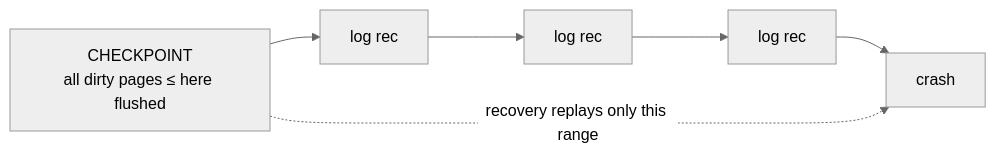
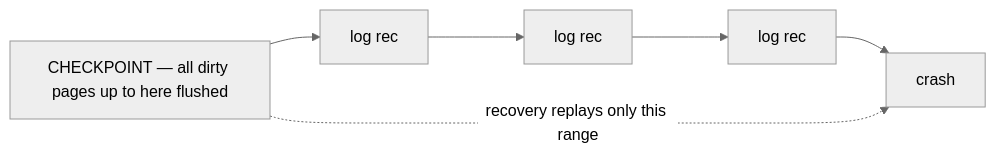
One commit to mohammad-mriesh-job/cortex changed the second of 2 diagrams in src/modules/database/content/08-internals/02-write-ahead-logging.md. Above: the diagram before and after it, drawn with Mermaid (neutral theme). The commit also changed 257 other files, not shown here.

````diff
--- a/src/modules/database/content/08-internals/02-write-ahead-logging.md
+++ b/src/modules/database/content/08-internals/02-write-ahead-logging.md
@@ -69,8 +69,8 @@
 ```mermaid
 flowchart LR
-  CKPT["CHECKPOINT<br/>all dirty pages ≤ here flushed"] --> L1["log rec"]
+  CKPT["CHECKPOINT — all dirty pages up to here flushed"] --> L1["log rec"]
   L1 --> L2["log rec"]
   L2 --> L3["log rec"]
   L3 --> CRASH["crash"]
   CKPT -. "recovery replays only this range" .-> CRASH
 ```
````
